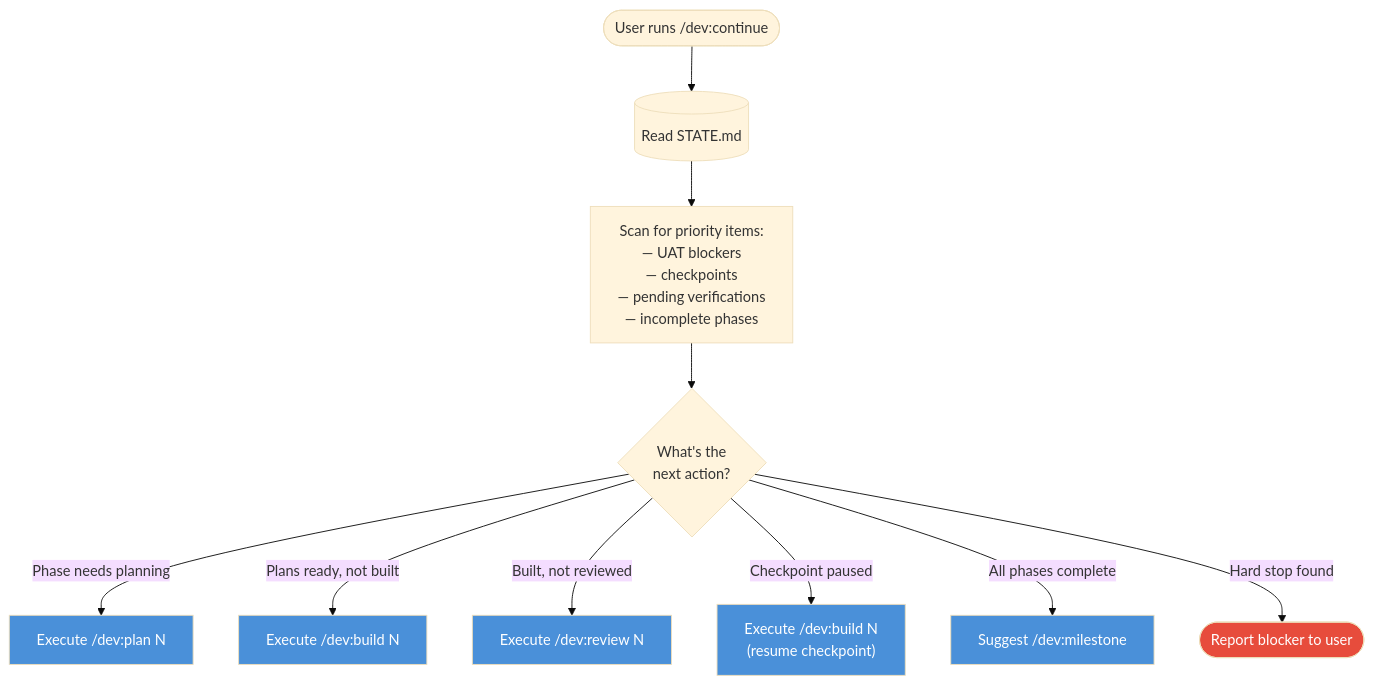
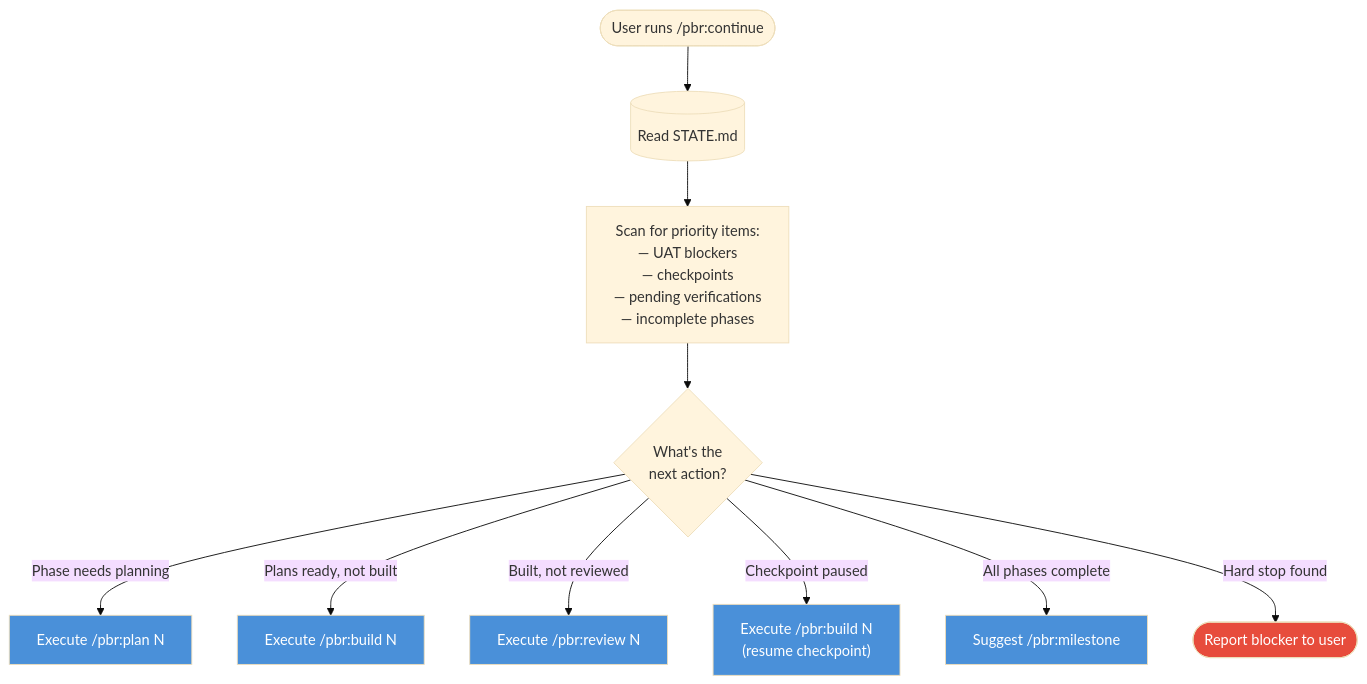
Before and after one commit to SienkLogic/plan-build-run: the tenth of 14 diagrams in docs/ARCHITECTURE.md, drawn with Mermaid (base theme). The commit also changed other lines of this file and 358 other files, not shown here.

First line of the commit message:
feat(tools): rebrand towline to plan-build-run

````diff
--- a/docs/ARCHITECTURE.md
+++ b/docs/ARCHITECTURE.md
@@ -473,22 +473,22 @@
 ```mermaid
 flowchart TD
-    Start([User runs /dev:continue]) --> ReadState[(Read STATE.md)]
+    Start([User runs /pbr:continue]) --> ReadState[(Read STATE.md)]
 
     ReadState --> ScanPriority["Scan for priority items:<br/>— UAT blockers<br/>— checkpoints<br/>— pending verifications<br/>— incomplete phases"]
 
     ScanPriority --> Determine{What's the<br/>next action?}
 
-    Determine -->|"Phase needs planning"| DelegatePlan["Execute /dev:plan N"]
-    Determine -->|"Plans ready, not built"| DelegateBuild["Execute /dev:build N"]
-    Determine -->|"Built, not reviewed"| DelegateReview["Execute /dev:review N"]
-    Determine -->|"Checkpoint paused"| DelegateBuildResume["Execute /dev:build N<br/>(resume checkpoint)"]
-    Determine -->|"All phases complete"| DelegateMilestone["Suggest /dev:milestone"]
+    Determine -->|"Phase needs planning"| DelegatePlan["Execute /pbr:plan N"]
+    Determine -->|"Plans ready, not built"| DelegateBuild["Execute /pbr:build N"]
+    Determine -->|"Built, not reviewed"| DelegateReview["Execute /pbr:review N"]
+    Determine -->|"Checkpoint paused"| DelegateBuildResume["Execute /pbr:build N<br/>(resume checkpoint)"]
+    Determine -->|"All phases complete"| DelegateMilestone["Suggest /pbr:milestone"]
     Determine -->|"Hard stop found"| Report([Report blocker to user])
 
     style DelegatePlan fill:#4a90d9,color:#fff
     style DelegateBuild fill:#4a90d9,color:#fff
     style DelegateReview fill:#4a90d9,color:#fff
     style DelegateBuildResume fill:#4a90d9,color:#fff
     style DelegateMilestone fill:#4a90d9,color:#fff
     style Report fill:#e74c3c,color:#fff
 ```
````
